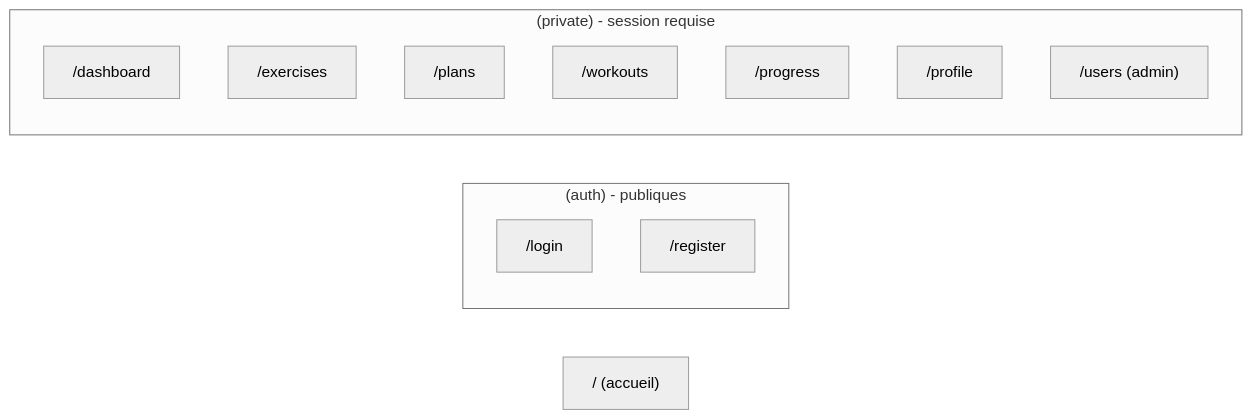
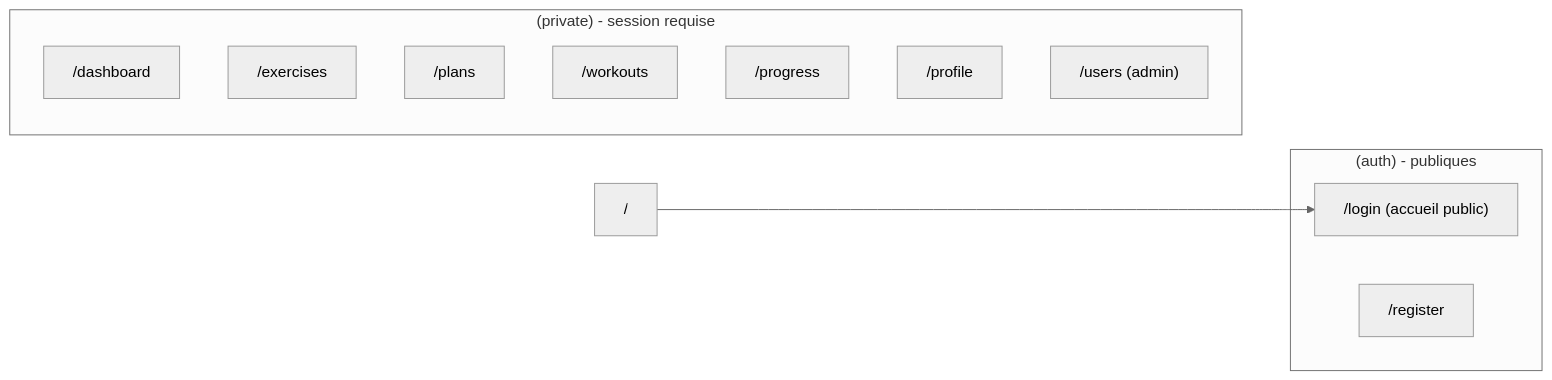
One commit to AntonHarzhanau/Nero-Workout changed the third of 3 diagrams in docs/01-architecture.md. Above: the diagram before and after it, drawn with Mermaid (neutral theme). The commit also changed 9 other files, not shown here.

````diff
--- a/docs/01-architecture.md
+++ b/docs/01-architecture.md
@@ -142,17 +142,17 @@
 ```mermaid
 flowchart LR
-    root["/ (accueil)"]
+    root["/"] --> login
     subgraph auth["(auth) - publiques"]
-        login["/login"]
+        login["/login (accueil public)"]
         register["/register"]
     end
     subgraph private["(private) - session requise"]
         dashboard["/dashboard"]
         exercises["/exercises"]
         plans["/plans"]
         workouts["/workouts"]
         progress["/progress"]
         profile["/profile"]
         users["/users (admin)"]
     end
 ```
````
